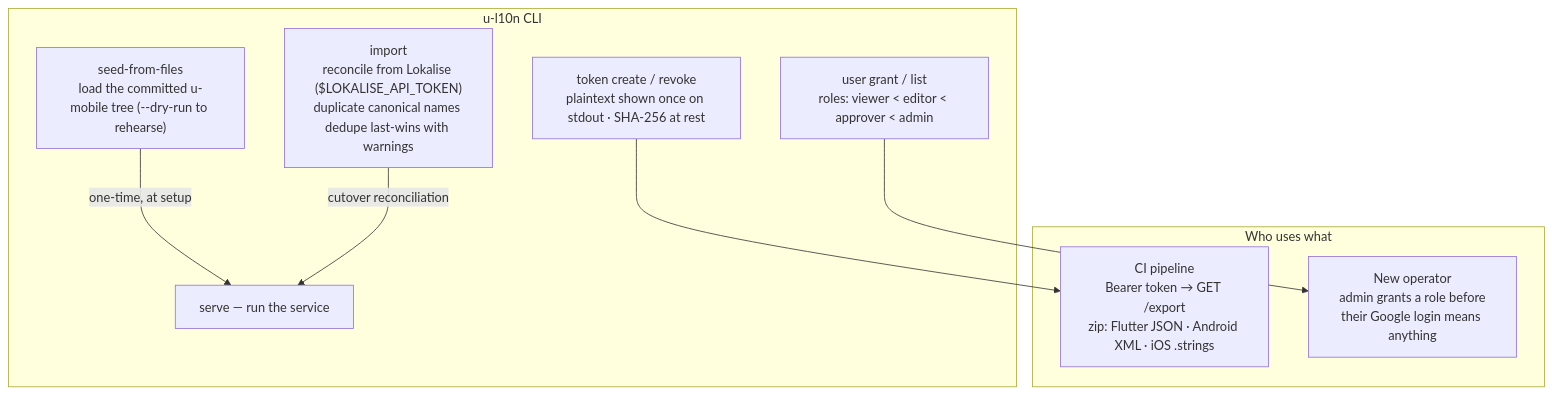
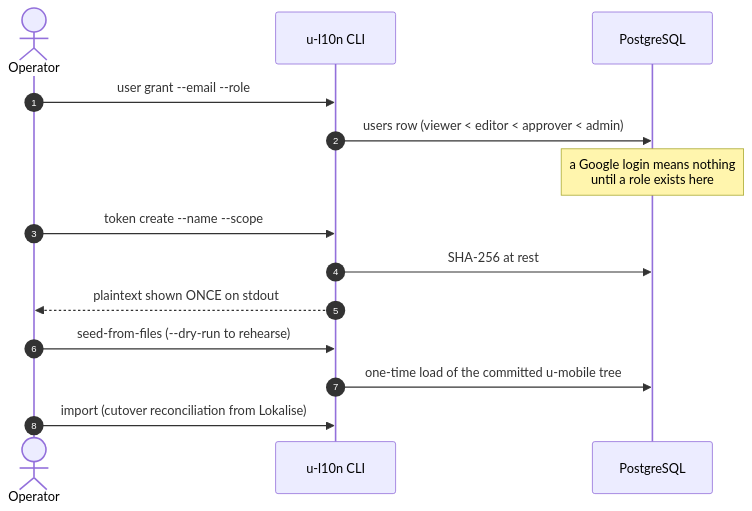
Before and after one commit to ashik-saini/u-l10n: the fourth of 5 diagrams in docs/USER_FLOWS.md, drawn with Mermaid. The commit also changed other lines of this file and 1 other file, not shown here.

First line of the commit message:
docs: rework all diagrams as UML sequence diagrams

````diff
--- a/docs/USER_FLOWS.md
+++ b/docs/USER_FLOWS.md
@@ -99,20 +94,17 @@
 ```mermaid
-flowchart TB
-    subgraph cli["u-l10n CLI"]
-        serve["serve — run the service"]
-        seedcmd["seed-from-files<br/>load the committed u-mobile tree (--dry-run to rehearse)"]
-        importcmd["import<br/>reconcile from Lokalise ($LOKALISE_API_TOKEN)<br/>duplicate canonical names dedupe last-wins with warnings"]
-        tokencmd["token create / revoke<br/>plaintext shown once on stdout · SHA-256 at rest"]
-        usercmd["user grant / list<br/>roles: viewer < editor < approver < admin"]
-    end
+sequenceDiagram
+    autonumber
+    actor OP as Operator
+    participant CLI as u-l10n CLI
+    participant PG as PostgreSQL
 
-    subgraph consumers["Who uses what"]
-        ci["CI pipeline<br/>Bearer token → GET /export<br/>zip: Flutter JSON · Android XML · iOS .strings"]
-        newhire["New operator<br/>admin grants a role before<br/>their Google login means anything"]
-    end
-
-    tokencmd --> ci
-    usercmd --> newhire
-    seedcmd -->|"one-time, at setup"| serve
-    importcmd -->|"cutover reconciliation"| serve
+    OP->>CLI: user grant --email --role
+    CLI->>PG: users row (viewer < editor < approver < admin)
+    Note over PG: a Google login means nothing<br/>until a role exists here
+    OP->>CLI: token create --name --scope
+    CLI->>PG: SHA-256 at rest
+    CLI-->>OP: plaintext shown ONCE on stdout
+    OP->>CLI: seed-from-files (--dry-run to rehearse)
+    CLI->>PG: one-time load of the committed u-mobile tree
+    OP->>CLI: import (cutover reconciliation from Lokalise)
 ```
````
